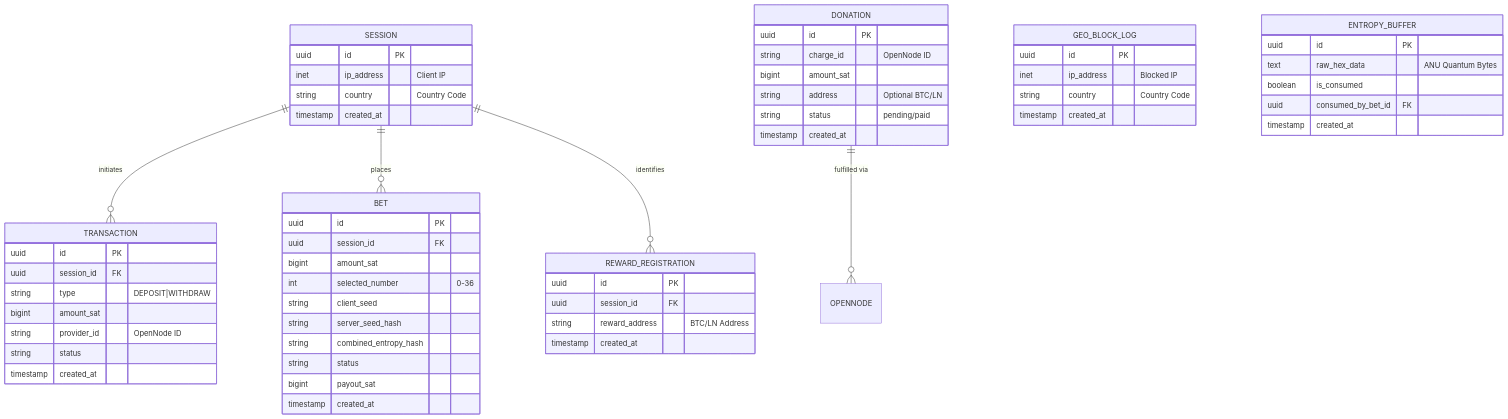
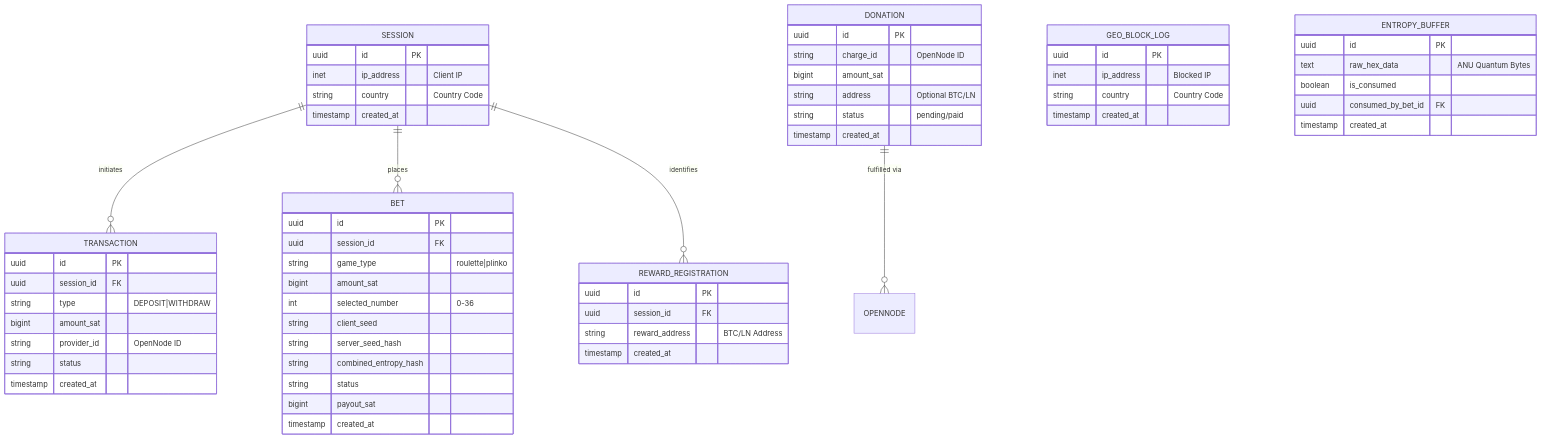
One commit to Rayo2010x/quantum-btc-backend changed the diagram in docs/03-Database/QM_Database_Schema.md. Above: the diagram before and after it, drawn with Mermaid. The commit also changed other lines of this file and 8 other files, not shown here.

Commit message:
feat: implement provably fair bet engine with support for roulette and Plinko, including non-custodial Lightning payment integration.

````diff
--- a/docs/03-Database/QM_Database_Schema.md
+++ b/docs/03-Database/QM_Database_Schema.md
@@ -10,66 +10,67 @@
 ```mermaid
 erDiagram
     SESSION ||--o{ TRANSACTION : initiates
     SESSION ||--o{ BET : places
     SESSION ||--o{ REWARD_REGISTRATION : identifies
     DONATION ||--o{ OPENNODE : "fulfilled via"
     GEO_BLOCK_LOG {
         uuid id PK
         inet ip_address "Blocked IP"
         string country "Country Code"
         timestamp created_at
     }
     SESSION {
         uuid id PK
         inet ip_address "Client IP"
         string country "Country Code"
         timestamp created_at
     }
 
     TRANSACTION {
         uuid id PK
         uuid session_id FK
         string type "DEPOSIT|WITHDRAW"
         bigint amount_sat
         string provider_id "OpenNode ID"
         string status
         timestamp created_at
     }
 
     BET {
         uuid id PK
         uuid session_id FK
+        string game_type "roulette|plinko"
         bigint amount_sat
         int selected_number "0-36"
         string client_seed
         string server_seed_hash
         string combined_entropy_hash
         string status
         bigint payout_sat
         timestamp created_at
     }
 
     ENTROPY_BUFFER {
         uuid id PK
         text raw_hex_data "ANU Quantum Bytes"
         boolean is_consumed
         uuid consumed_by_bet_id FK
         timestamp created_at
     }
     
     REWARD_REGISTRATION {
         uuid id PK
         uuid session_id FK
         string reward_address "BTC/LN Address"
         timestamp created_at
     }
 
     DONATION {
         uuid id PK
         string charge_id "OpenNode ID"
         bigint amount_sat
         string address "Optional BTC/LN"
         string status "pending/paid"
         timestamp created_at
     }
 ```
````
